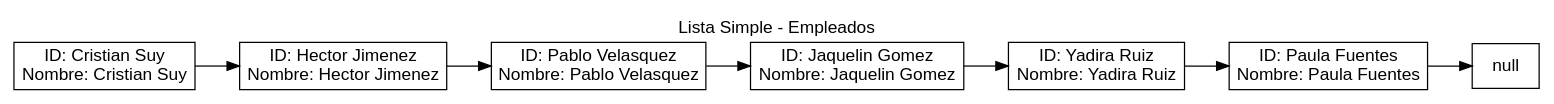
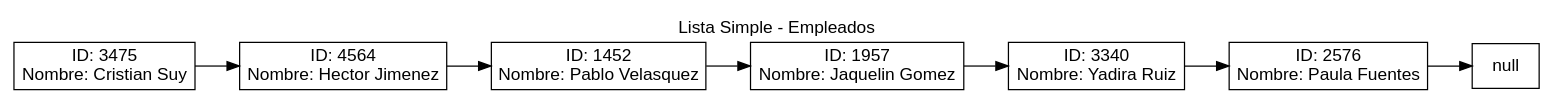
The diagram in Reportes/ListaSimple.dot (brandonT2002/EDD_VJ1S2023_PY_202112030), drawn with Graphviz before and after one commit. The commit also changed 10 other files, not shown here.

```diff
--- a/Reportes/ListaSimple.dot
+++ b/Reportes/ListaSimple.dot
@@ -1,13 +1,14 @@
 digraph G {
-fontname="Arial"label="Lista Simple - Empleados"
+fontname="Arial"
+label="Lista Simple - Empleados"
 labelloc = t
 rankdir=LR;
 node[shape="box" fontname="Arial"];
-nodo_0 [label="ID: Cristian Suy\nNombre: Cristian Suy"];
-nodo_1 [label="ID: Hector Jimenez\nNombre: Hector Jimenez"];
-nodo_2 [label="ID: Pablo Velasquez\nNombre: Pablo Velasquez"];
-nodo_3 [label="ID: Jaquelin Gomez\nNombre: Jaquelin Gomez"];
-nodo_4 [label="ID: Yadira Ruiz\nNombre: Yadira Ruiz"];
-nodo_5 [label="ID: Paula Fuentes\nNombre: Paula Fuentes"];
+nodo_0 [label="ID: 3475\nNombre: Cristian Suy"];
+nodo_1 [label="ID: 4564\nNombre: Hector Jimenez"];
+nodo_2 [label="ID: 1452\nNombre: Pablo Velasquez"];
+nodo_3 [label="ID: 1957\nNombre: Jaquelin Gomez"];
+nodo_4 [label="ID: 3340\nNombre: Yadira Ruiz"];
+nodo_5 [label="ID: 2576\nNombre: Paula Fuentes"];
 nodo_0 -> nodo_1 -> nodo_2 -> nodo_3 -> nodo_4 -> nodo_5 -> null;
 }
```
